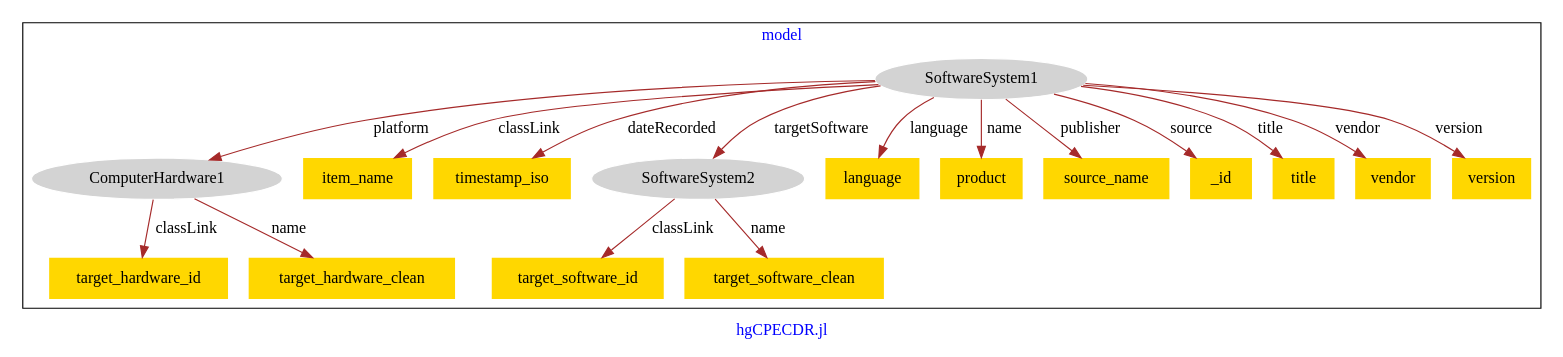
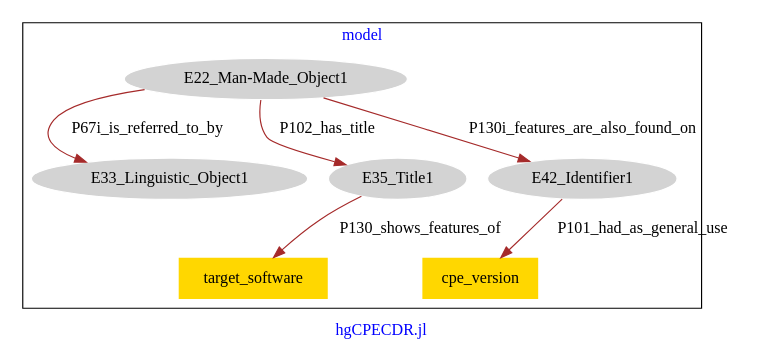
Before and after one commit to usc-isi-i2/effect-alignment: the diagram in models/hg-cpe/hg_cpe-model.dot, drawn with Graphviz.

Commit message:
Update file hg_cpe-model.dot

```diff
--- a/models/hg-cpe/hg_cpe-model.dot
+++ b/models/hg-cpe/hg_cpe-model.dot
@@ -1,39 +1,19 @@
 digraph n0 {
 fontcolor="blue"
 remincross="true"
 label="hgCPECDR.jl"
 subgraph cluster {
 label="model"
-n2[style="filled",color="white",fillcolor="lightgray",label="ComputerHardware1"];
-n3[shape="plaintext",style="filled",fillcolor="gold",label="target_hardware_id"];
-n4[shape="plaintext",style="filled",fillcolor="gold",label="target_hardware_clean"];
-n5[style="filled",color="white",fillcolor="lightgray",label="SoftwareSystem1"];
-n6[shape="plaintext",style="filled",fillcolor="gold",label="item_name"];
-n7[shape="plaintext",style="filled",fillcolor="gold",label="timestamp_iso"];
-n8[style="filled",color="white",fillcolor="lightgray",label="SoftwareSystem2"];
-n9[shape="plaintext",style="filled",fillcolor="gold",label="language"];
-n10[shape="plaintext",style="filled",fillcolor="gold",label="product"];
-n11[shape="plaintext",style="filled",fillcolor="gold",label="source_name"];
-n12[shape="plaintext",style="filled",fillcolor="gold",label="_id"];
-n13[shape="plaintext",style="filled",fillcolor="gold",label="title"];
-n14[shape="plaintext",style="filled",fillcolor="gold",label="vendor"];
-n15[shape="plaintext",style="filled",fillcolor="gold",label="version"];
-n16[shape="plaintext",style="filled",fillcolor="gold",label="target_software_id"];
-n17[shape="plaintext",style="filled",fillcolor="gold",label="target_software_clean"];
+n2[style="filled",color="white",fillcolor="lightgray",label="E22_Man-Made_Object1"];
+n3[style="filled",color="white",fillcolor="lightgray",label="E33_Linguistic_Object1"];
+n4[style="filled",color="white",fillcolor="lightgray",label="E35_Title1"];
+n5[style="filled",color="white",fillcolor="lightgray",label="E42_Identifier1"];
+n6[shape="plaintext",style="filled",fillcolor="gold",label="target_software"];
+n7[shape="plaintext",style="filled",fillcolor="gold",label="cpe_version"];
 }
-n2 -> n3[color="brown",fontcolor="black",label="classLink"]
-n2 -> n4[color="brown",fontcolor="black",label="name"]
-n5 -> n6[color="brown",fontcolor="black",label="classLink"]
-n5 -> n7[color="brown",fontcolor="black",label="dateRecorded"]
-n5 -> n2[color="brown",fontcolor="black",label="platform"]
-n5 -> n8[color="brown",fontcolor="black",label="targetSoftware"]
-n5 -> n9[color="brown",fontcolor="black",label="language"]
-n5 -> n10[color="brown",fontcolor="black",label="name"]
-n5 -> n11[color="brown",fontcolor="black",label="publisher"]
-n5 -> n12[color="brown",fontcolor="black",label="source"]
-n5 -> n13[color="brown",fontcolor="black",label="title"]
-n5 -> n14[color="brown",fontcolor="black",label="vendor"]
-n5 -> n15[color="brown",fontcolor="black",label="version"]
-n8 -> n16[color="brown",fontcolor="black",label="classLink"]
-n8 -> n17[color="brown",fontcolor="black",label="name"]
+n2 -> n3[color="brown",fontcolor="black",label="P67i_is_referred_to_by"]
+n2 -> n4[color="brown",fontcolor="black",label="P102_has_title"]
+n2 -> n5[color="brown",fontcolor="black",label="P130i_features_are_also_found_on"]
+n4 -> n6[color="brown",fontcolor="black",label="P130_shows_features_of"]
+n5 -> n7[color="brown",fontcolor="black",label="P101_had_as_general_use"]
 }
```
